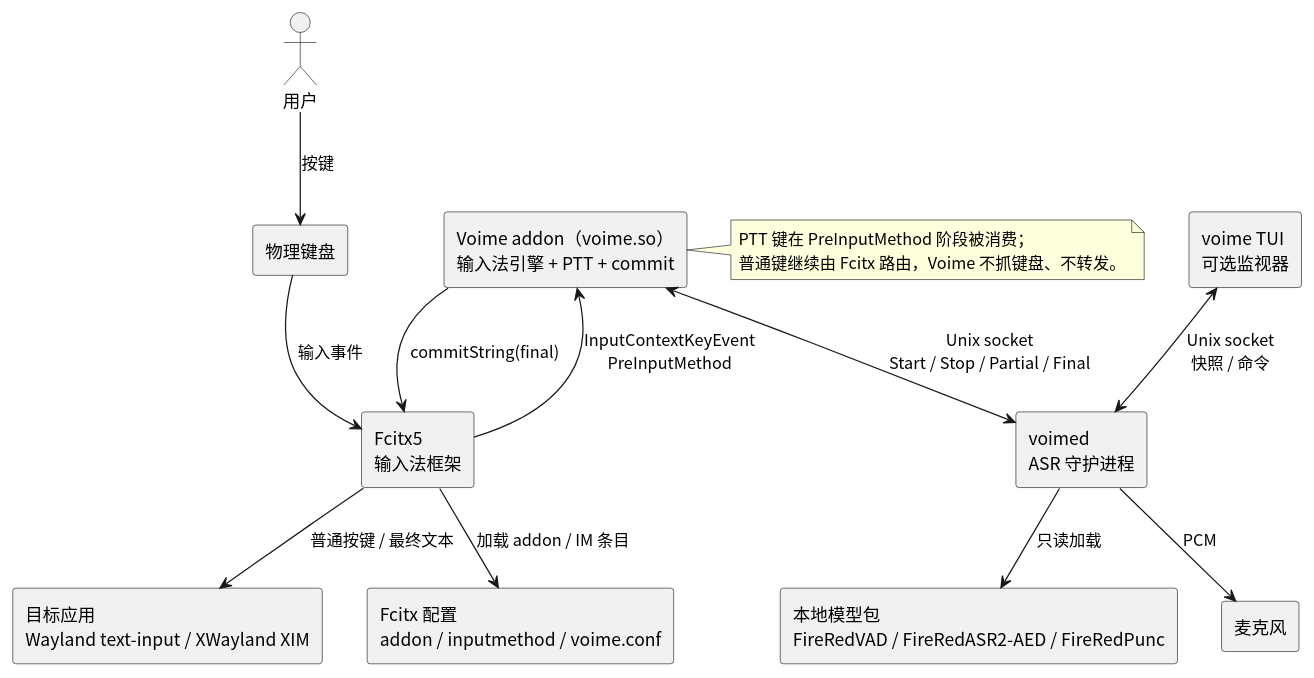
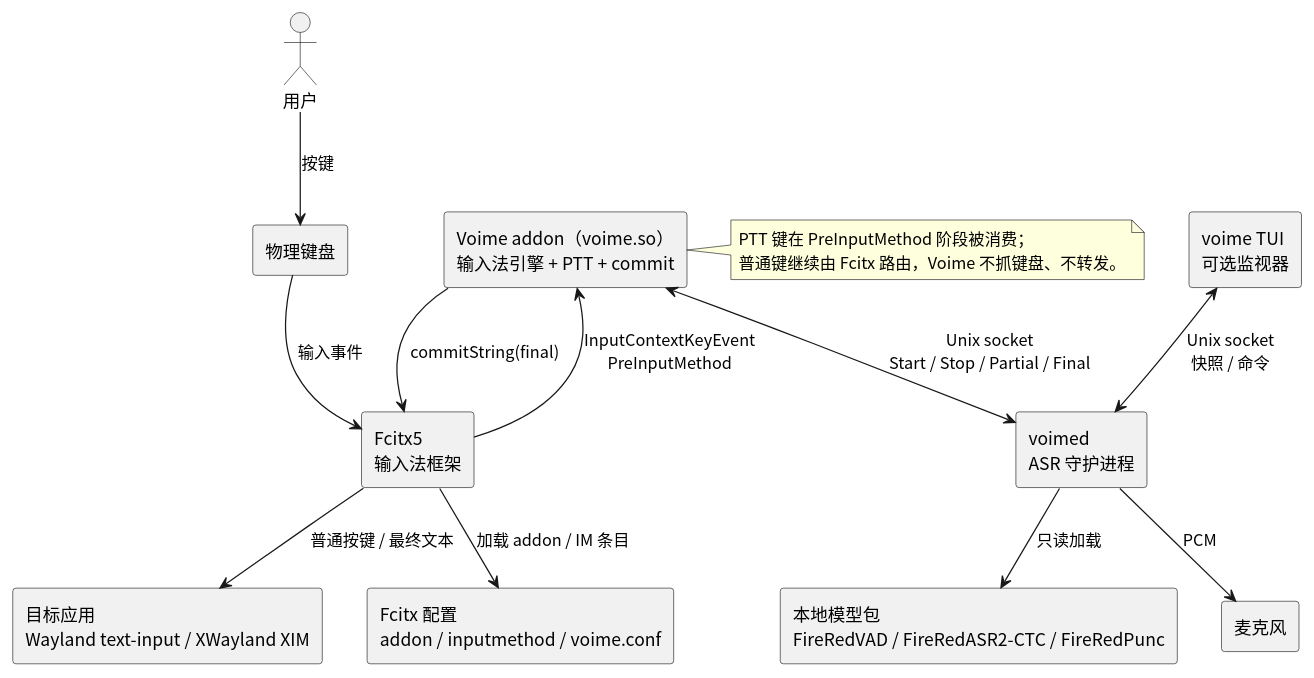
One commit to 54m43lJ/voime changed the diagram in diagram/proposal-fcitx-architecture.puml. Above: the diagram before and after it, drawn with PlantUML. The commit also changed 3 other files, not shown here.

Commit message:
docs: 提案改用 FireRedASR2-CTC 优化 CPU 推理

```diff
--- a/diagram/proposal-fcitx-architecture.puml
+++ b/diagram/proposal-fcitx-architecture.puml
@@ -1,30 +1,30 @@
 @startuml
 skinparam defaultFontName "Noto Sans CJK SC"
 skinparam shadowing false
 skinparam componentStyle rectangle
 top to bottom direction
 
 actor "用户" as User
 component "物理键盘" as Keyboard
 component "Fcitx5\n输入法框架" as Fcitx
 component "Voime addon（voime.so）\n输入法引擎 + PTT + commit" as Addon
 component "voimed\nASR 守护进程" as Daemon
 component "voime TUI\n可选监视器" as Tui
 component "目标应用\nWayland text-input / XWayland XIM" as App
-component "本地模型包\nFireRedVAD / FireRedASR2-AED / FireRedPunc" as Models
+component "本地模型包\nFireRedVAD / FireRedASR2-CTC / FireRedPunc" as Models
 component "麦克风" as Mic
 component "Fcitx 配置\naddon / inputmethod / voime.conf" as Config
 
 User --> Keyboard : 按键
 Keyboard --> Fcitx : 输入事件
 Fcitx --> Addon : InputContextKeyEvent\nPreInputMethod
 Addon --> Fcitx : commitString(final)
 Fcitx --> App : 普通按键 / 最终文本
 Addon <--> Daemon : Unix socket\nStart / Stop / Partial / Final
 Daemon --> Mic : PCM
 Daemon --> Models : 只读加载
 Tui <--> Daemon : Unix socket\n快照 / 命令
 Fcitx --> Config : 加载 addon / IM 条目
 
 note right of Addon : PTT 键在 PreInputMethod 阶段被消费；\n普通键继续由 Fcitx 路由，Voime 不抓键盘、不转发。
 @enduml
```
